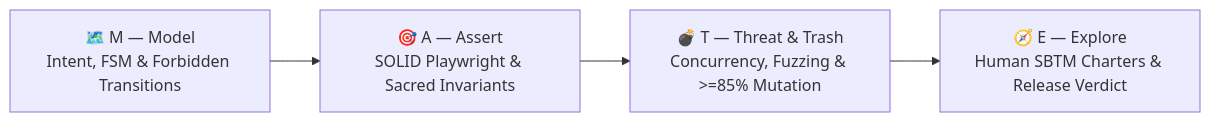
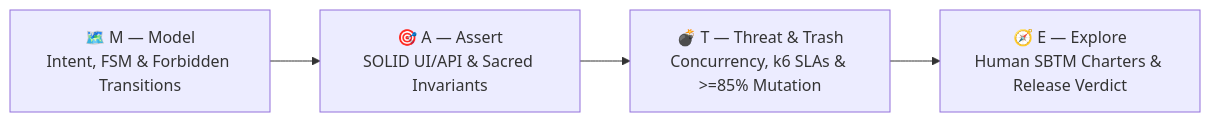
The diagram in README.md (crespoantonio/mate-sdt), drawn with Mermaid before and after one commit. The commit also changed other lines of this file and 27 other files, not shown here.

````diff
--- a/README.md
+++ b/README.md
@@ -47,6 +47,6 @@
 ```mermaid
 flowchart LR
-    M["🗺️ M — Model<br/>Intent, FSM & Forbidden Transitions"] --> A["🎯 A — Assert<br/>SOLID Playwright & Sacred Invariants"]
-    A --> T["💣 T — Threat & Trash<br/>Concurrency, Fuzzing & >=85% Mutation"]
+    M["🗺️ M — Model<br/>Intent, FSM & Forbidden Transitions"] --> A["🎯 A — Assert<br/>SOLID UI/API & Sacred Invariants"]
+    A --> T["💣 T — Threat & Trash<br/>Concurrency, k6 SLAs & >=85% Mutation"]
     T --> E["🧭 E — Explore<br/>Human SBTM Charters & Release Verdict"]
 ```
````
